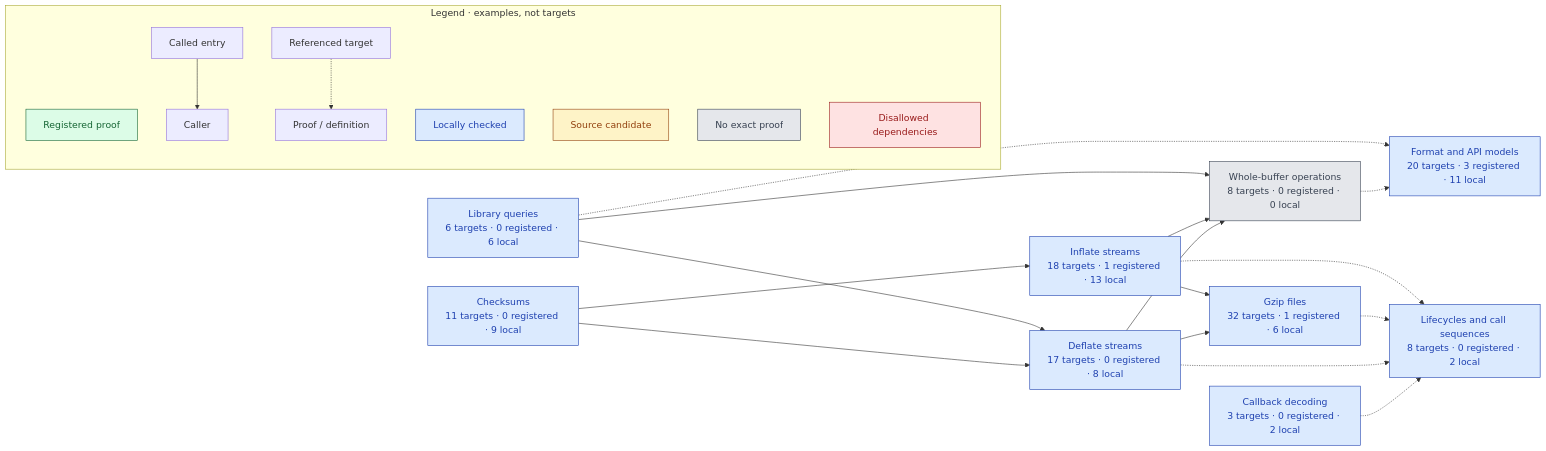
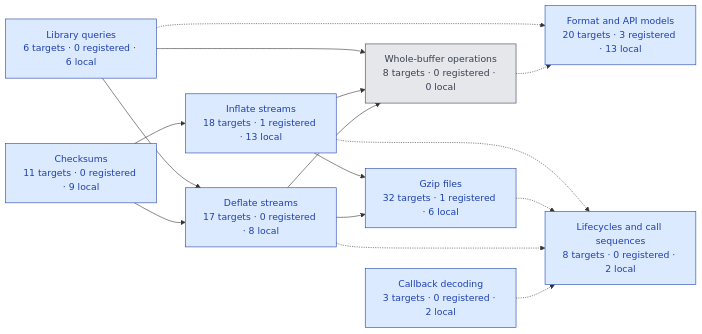
One commit to cla7aye15I4nd/zlib-f changed the diagram in docs/overview.md. Above: the diagram before and after it, drawn with Mermaid. The commit also changed other lines of this file and 3 other files, not shown here.

First line of the commit message:
Simplify progress graphs to three states with external legends

````diff
--- a/docs/overview.md
+++ b/docs/overview.md
@@ -26,54 +26,38 @@
 ```mermaid
 flowchart LR
   queries["Library queries<br/>6 targets · 0 registered · 6 local"]:::local
   checksums["Checksums<br/>11 targets · 0 registered · 9 local"]:::local
   inflate["Inflate streams<br/>18 targets · 1 registered · 13 local"]:::local
   deflate["Deflate streams<br/>17 targets · 0 registered · 8 local"]:::local
   back["Callback decoding<br/>3 targets · 0 registered · 2 local"]:::local
   gzip["Gzip files<br/>32 targets · 1 registered · 6 local"]:::local
   buffers["Whole-buffer operations<br/>8 targets · 0 registered · 0 local"]:::open
-  models["Format and API models<br/>20 targets · 3 registered · 11 local"]:::local
+  models["Format and API models<br/>20 targets · 3 registered · 13 local"]:::local
   lifecycle["Lifecycles and call sequences<br/>8 targets · 0 registered · 2 local"]:::local
   back -.-> lifecycle
   buffers -.-> models
   checksums --> deflate
   checksums --> inflate
   deflate --> buffers
   deflate --> gzip
   deflate -.-> lifecycle
   gzip -.-> lifecycle
   inflate --> buffers
   inflate --> gzip
   inflate -.-> lifecycle
   queries --> buffers
   queries --> deflate
   queries -.-> models
   click queries href "progress.md#group-queries" "Open group index"
   click checksums href "progress.md#group-checksums" "Open group index"
   click inflate href "progress.md#group-inflate" "Open group index"
   click deflate href "progress.md#group-deflate" "Open group index"
   click back href "progress.md#group-back" "Open group index"
   click gzip href "progress.md#group-gzip" "Open group index"
   click buffers href "progress.md#group-buffers" "Open group index"
   click models href "progress.md#group-models" "Open group index"
   click lifecycle href "progress.md#group-lifecycle" "Open group index"
-  subgraph legend["Legend · examples, not targets"]
-    key_registered["Registered proof"]:::registered
-    key_local["Locally checked"]:::local
-    key_draft["Source candidate"]:::draft
-    key_open["No exact proof"]:::open
-    key_rejected["Disallowed dependencies"]:::rejected
-    key_called["Called entry"] --> key_caller["Caller"]
-    key_dependency["Referenced target"] -.-> key_user["Proof / definition"]
-  end
-  click key_registered href "progress.md#status-registered" "Read status meaning"
-  click key_local href "progress.md#status-local" "Read status meaning"
-  click key_draft href "progress.md#status-draft" "Read status meaning"
-  click key_open href "progress.md#status-open" "Read status meaning"
-  click key_rejected href "progress.md#status-rejected" "Read status meaning"
   classDef registered fill:#dcfce7,color:#166534,stroke:#166534
   classDef local fill:#dbeafe,color:#1e40af,stroke:#1e40af
-  classDef draft fill:#fef3c7,color:#92400e,stroke:#92400e
   classDef open fill:#e5e7eb,color:#374151,stroke:#374151
-  classDef rejected fill:#fee2e2,color:#991b1b,stroke:#991b1b
 ```
````
